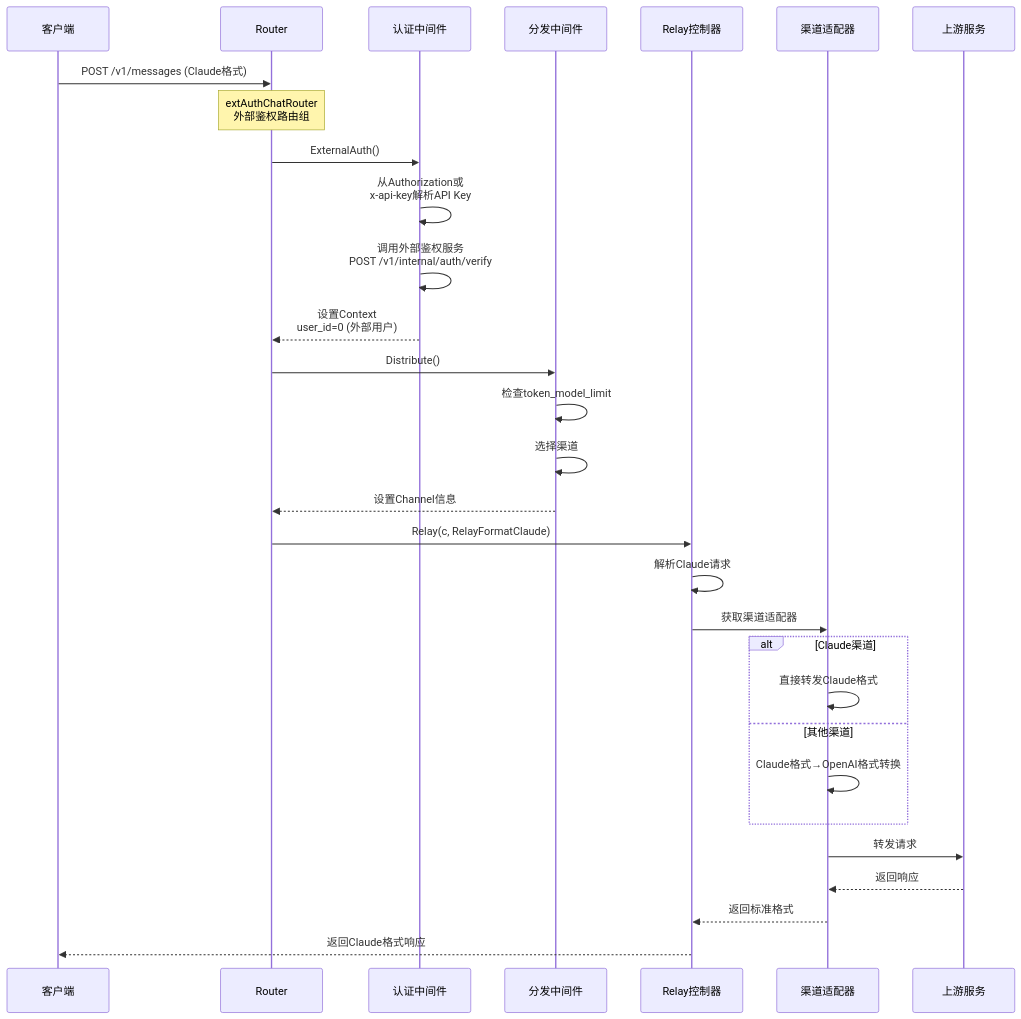
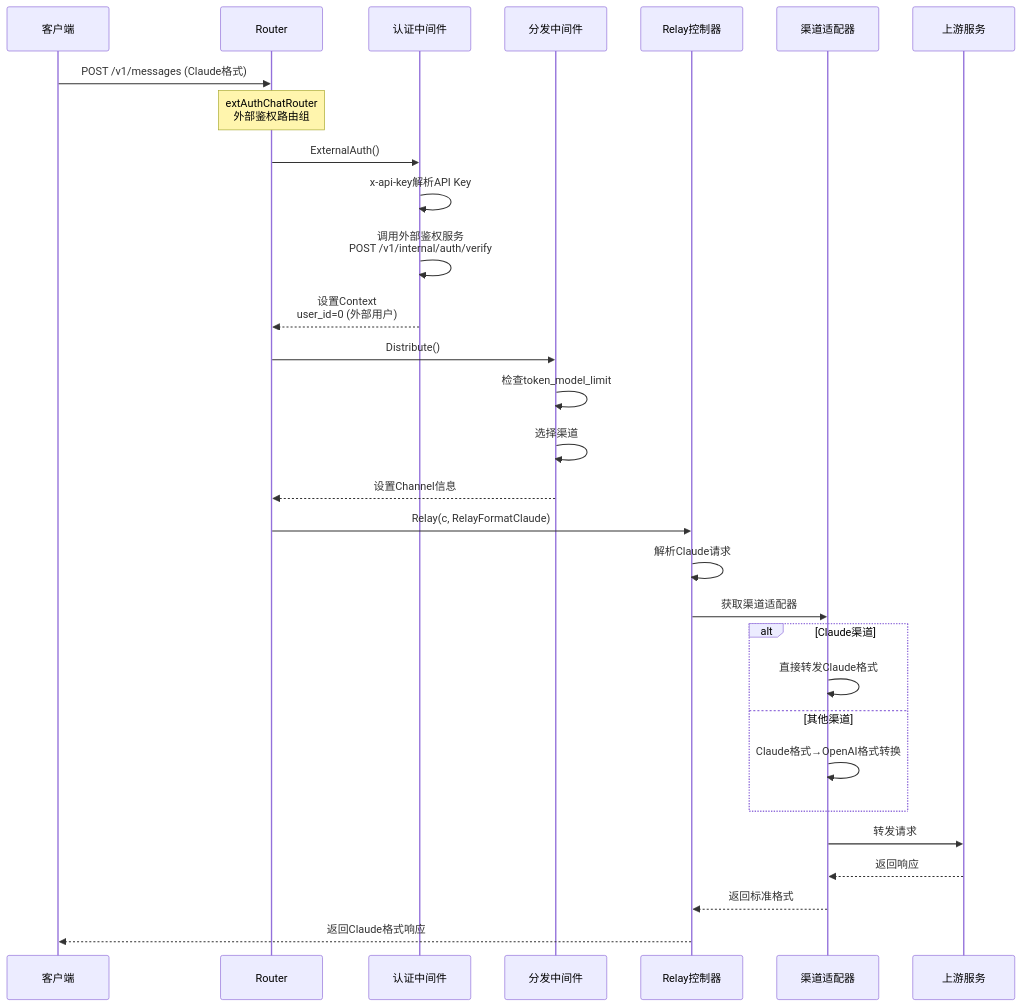
Before and after one commit to RudolphHuang/openclaw_doc: the second of 6 diagrams in claudecode/技术方案.md, drawn with Mermaid. The commit also changed other lines of this file, not shown here.

````diff
--- a/claudecode/技术方案.md
+++ b/claudecode/技术方案.md
@@ -85,39 +85,39 @@
 ```mermaid
 sequenceDiagram
     participant Client as 客户端
     participant Router as Router
     participant Auth as 认证中间件
     participant Distribute as 分发中间件
     participant Relay as Relay控制器
     participant Channel as 渠道适配器
     participant Upstream as 上游服务
 
     Client->>Router: POST /v1/messages (Claude格式)
     
     Note over Router: extAuthChatRouter<br/>外部鉴权路由组
     
     Router->>Auth: ExternalAuth()
-    Auth->>Auth: 从Authorization或<br/>x-api-key解析API Key
+    Auth->>Auth: x-api-key解析API Key
     Auth->>Auth: 调用外部鉴权服务<br/>POST /v1/internal/auth/verify
     Auth-->>Router: 设置Context<br/>user_id=0 (外部用户)
     
     Router->>Distribute: Distribute()
     Distribute->>Distribute: 检查token_model_limit
     Distribute->>Distribute: 选择渠道
     Distribute-->>Router: 设置Channel信息
     
     Router->>Relay: Relay(c, RelayFormatClaude)
     Relay->>Relay: 解析Claude请求
     Relay->>Channel: 获取渠道适配器
     
     alt Claude渠道
         Channel->>Channel: 直接转发Claude格式
     else 其他渠道
         Channel->>Channel: Claude格式→OpenAI格式转换
     end
     
     Channel->>Upstream: 转发请求
     Upstream-->>Channel: 返回响应
     Channel-->>Relay: 返回标准格式
     Relay-->>Client: 返回Claude格式响应
 ```
````
